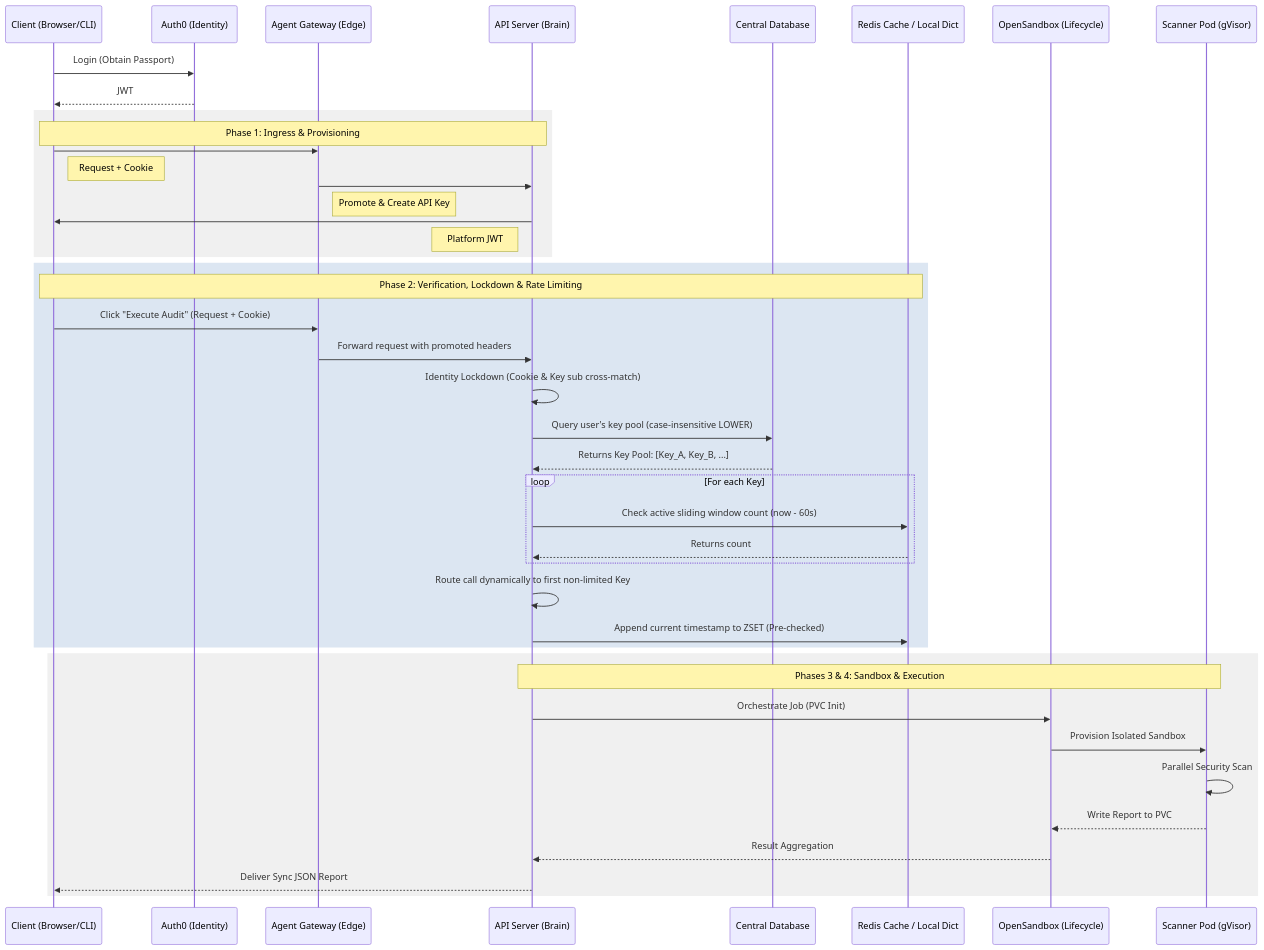
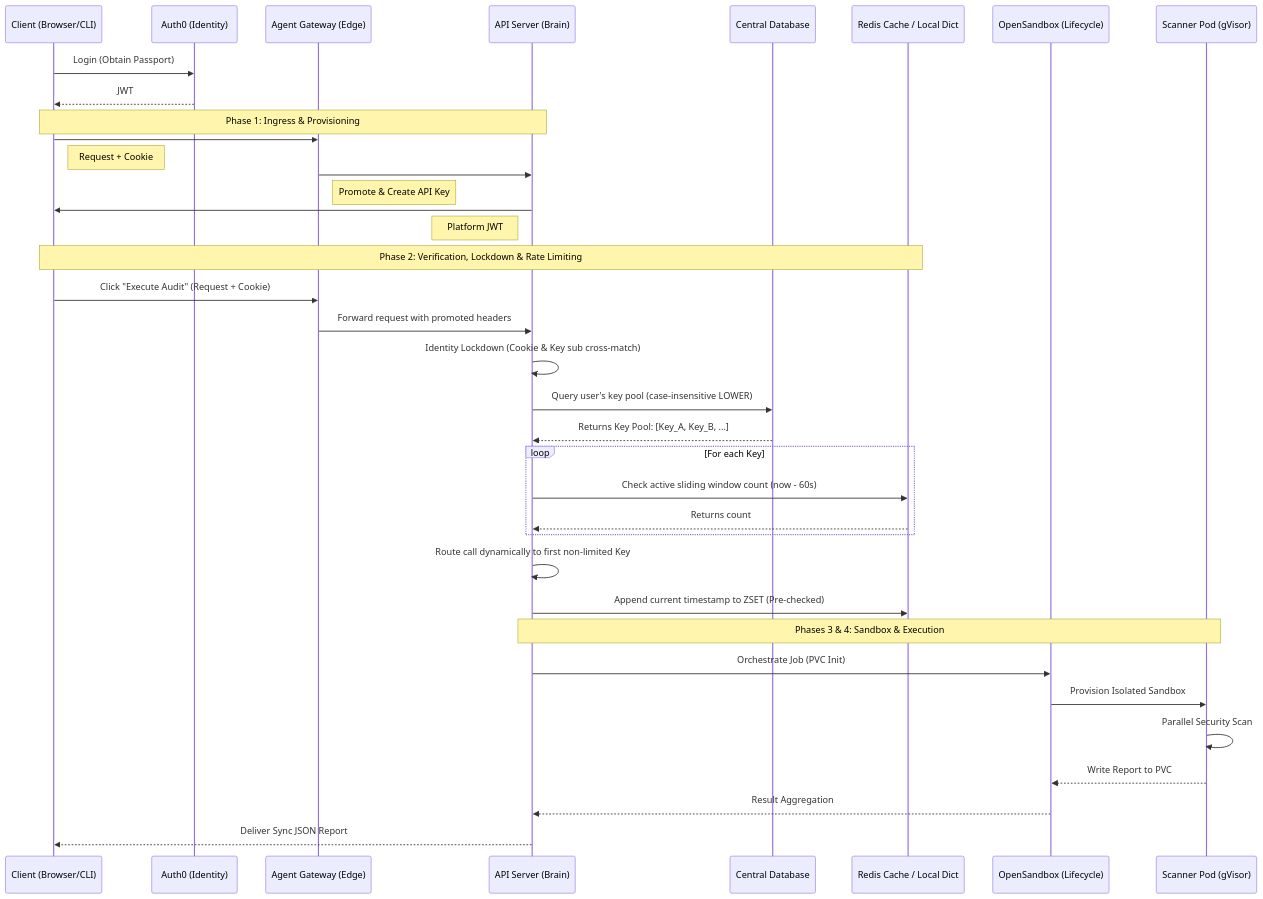
One commit to 01cloud/01-Sandbox changed the diagram in docs/technicalprocessguid.md. Above: the diagram before and after it, drawn with Mermaid. The commit also changed 1 other file, not shown here.

Commit message:
fix: ratelimit implementation

````diff
--- a/docs/technicalprocessguid.md
+++ b/docs/technicalprocessguid.md
@@ -9,49 +9,43 @@
 ```mermaid
 sequenceDiagram
     participant User as Client (Browser/CLI)
     participant Auth0 as Auth0 (Identity)
     participant GW as Agent Gateway (Edge)
     participant API as API Server (Brain)
     participant DB as Central Database
     participant Cache as Redis Cache / Local Dict
     participant OSS as OpenSandbox (Lifecycle)
     participant POD as Scanner Pod (gVisor)
 
     User->>Auth0: Login (Obtain Passport)
     Auth0-->>User: JWT
     
-    rect rgb(240, 240, 240)
     Note over User, API: Phase 1: Ingress & Provisioning
     User->>GW:  
     Note right of User: Request + Cookie
     GW->>API:  
     Note right of GW: Promote & Create API Key
     API->>User:  
     Note left of API: Platform JWT
-    end
 
-    rect rgb(220, 230, 242)
     Note over User, Cache: Phase 2: Verification, Lockdown & Rate Limiting
     User->>GW: Click "Execute Audit" (Request + Cookie)
     GW->>API: Forward request with promoted headers
     API->>API: Identity Lockdown (Cookie & Key sub cross-match)
     API->>DB: Query user's key pool (case-insensitive LOWER)
     DB-->>API: Returns Key Pool: [Key_A, Key_B, ...]
     loop For each Key
         API->>Cache: Check active sliding window count (now - 60s)
         Cache-->>API: Returns count
     end
     API->>API: Route call dynamically to first non-limited Key
     API->>Cache: Append current timestamp to ZSET (Pre-checked)
-    end
 
-    rect rgb(240, 240, 240)
     Note over API, POD: Phases 3 & 4: Sandbox & Execution
     API->>OSS: Orchestrate Job (PVC Init)
     OSS->>POD: Provision Isolated Sandbox
     POD->>POD: Parallel Security Scan
     POD-->>OSS: Write Report to PVC
     OSS-->>API: Result Aggregation
     API-->>User: Deliver Sync JSON Report
-    end
 ```
````
